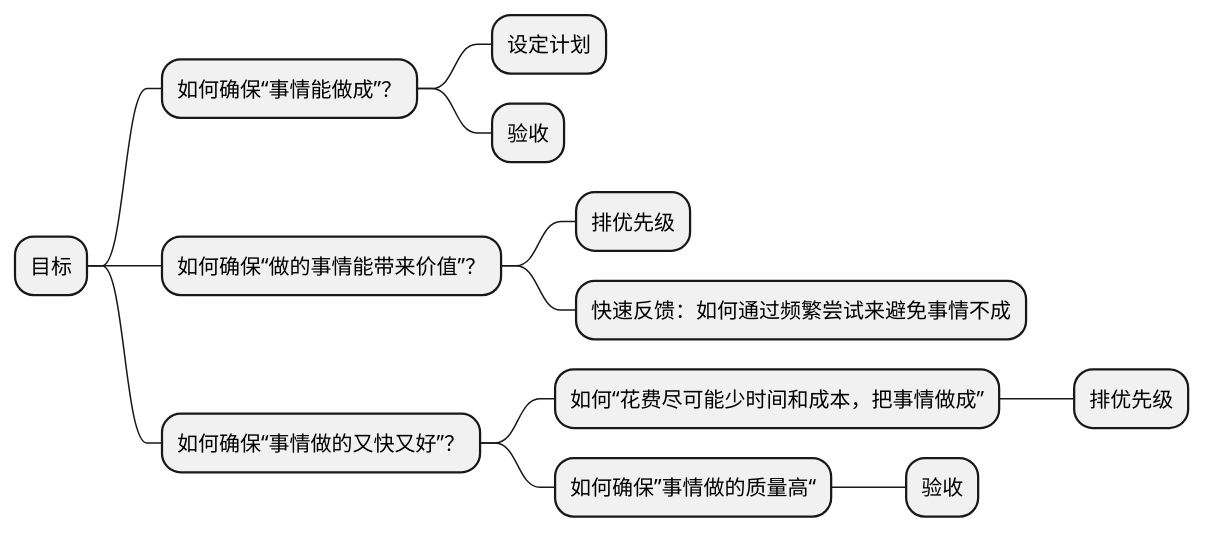
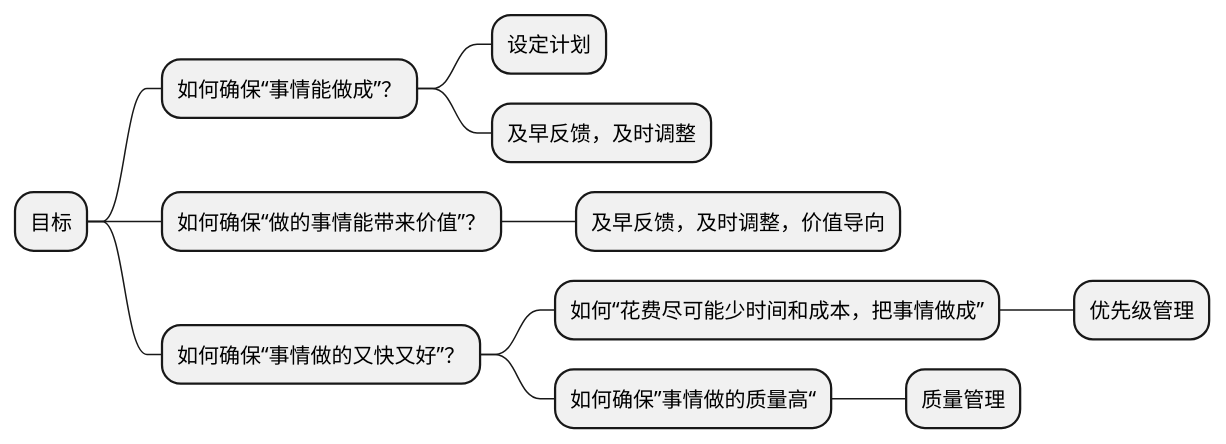
One commit to lem-org/lem-org.github.io changed the fifth of 11 diagrams in content/insights/what_is_agile/index.zh-cn.raw.md. Above: the diagram before and after it, drawn with PlantUML. The commit also changed other lines of this file and 10 other files, not shown here.

````diff
--- a/content/insights/what_is_agile/index.zh-cn.raw.md
+++ b/content/insights/what_is_agile/index.zh-cn.raw.md
@@ -130,16 +325,15 @@
 ```plantuml
 @startmindmap
 * 目标
     * 如何确保“事情能做成”？
         * 设定计划
-        * 验收
+        * 及早反馈，及时调整
     * 如何确保“做的事情能带来价值”？
-        * 排优先级
-        * 快速反馈：如何通过频繁尝试来避免事情不成
+        * 及早反馈，及时调整，价值导向
     * 如何确保“事情做的又快又好”？
         * 如何“花费尽可能少时间和成本，把事情做成”
-            * 排优先级
+            * 优先级管理
         * 如何确保”事情做的质量高“
-            * 验收
+            * 质量管理
 @endmindmap
 ```
````
